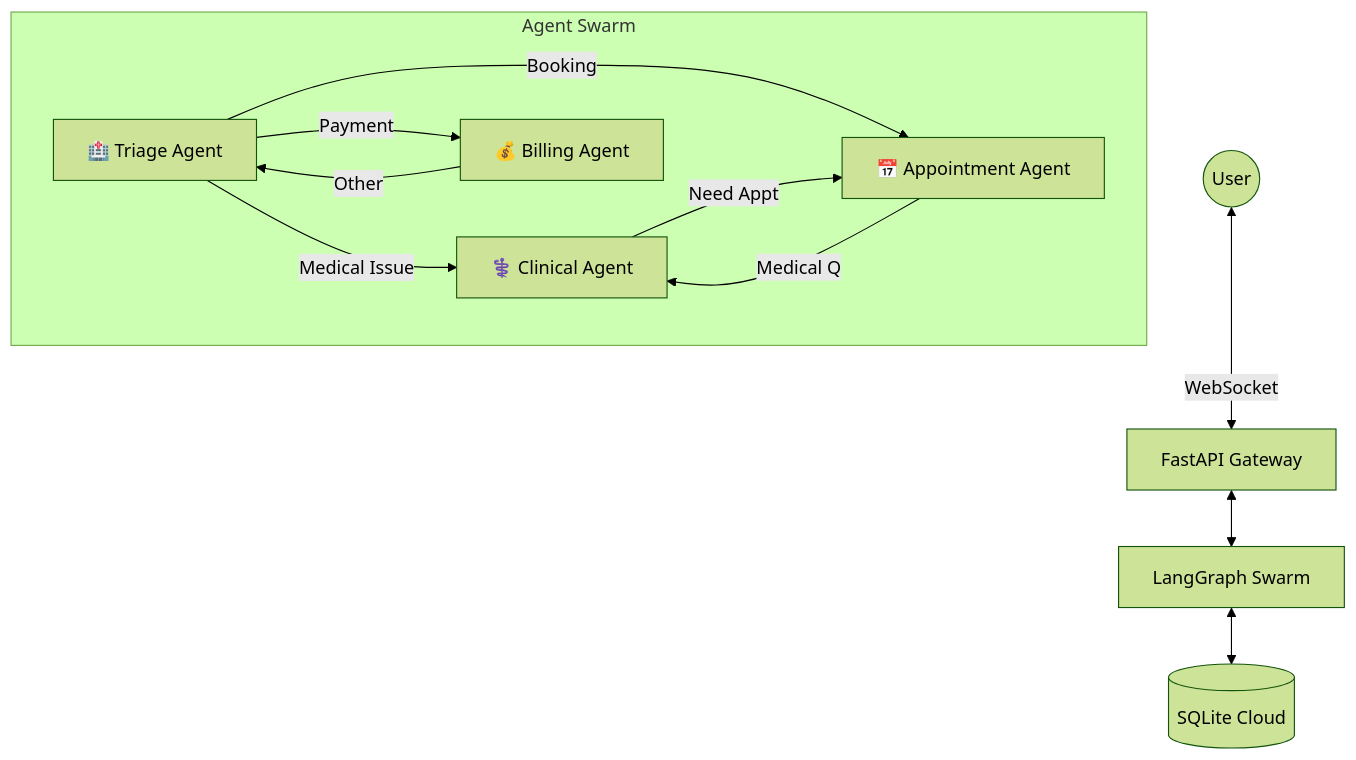
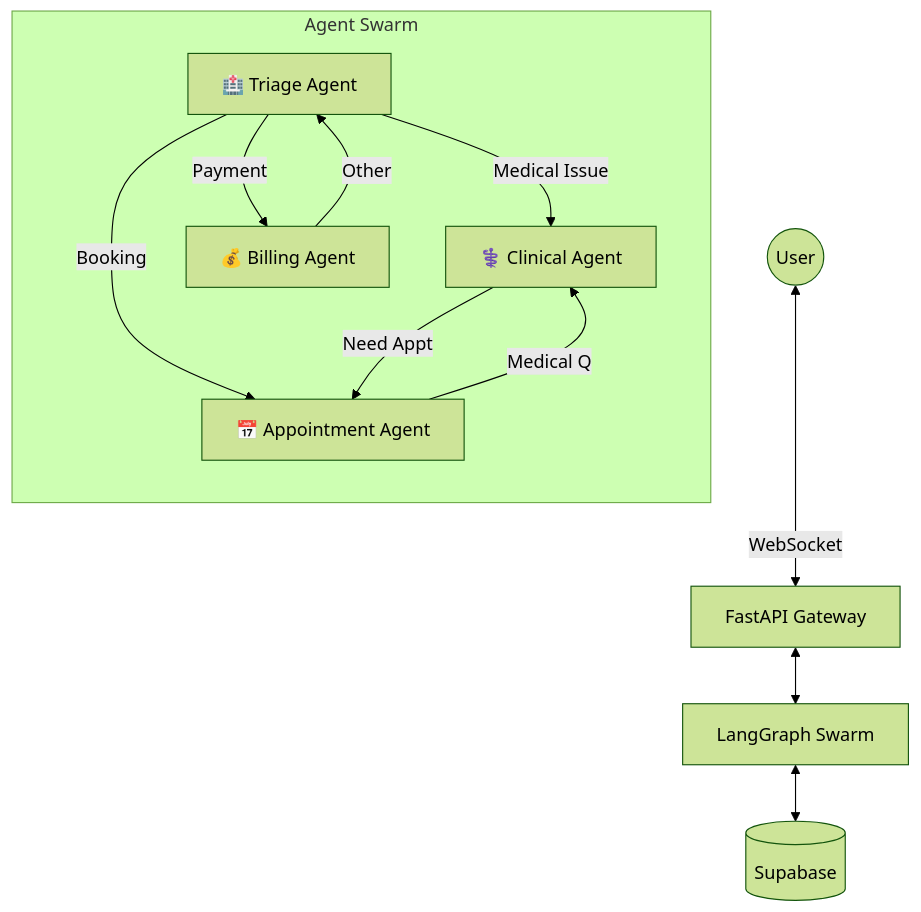
One commit to DebapriyoSaha/mediconnect-ai changed the diagram in README.md. Above: the diagram before and after it, drawn with Mermaid (forest theme). The commit also changed other lines of this file and 18 other files, not shown here.

````diff
--- a/README.md
+++ b/README.md
@@ -110,23 +46,24 @@
 ```mermaid
 graph TD
     User((User)) <--> |WebSocket| API[FastAPI Gateway]
     API <--> Swarm[LangGraph Swarm]
     
     subgraph "Agent Swarm"
+        direction TB
         Triage[🏥 Triage Agent]
         Clinical[⚕️ Clinical Agent]
         Appt[📅 Appointment Agent]
         Billing[💰 Billing Agent]
         
         Triage -->|Medical Issue| Clinical
         Triage -->|Booking| Appt
         Triage -->|Payment| Billing
         
         Clinical -->|Need Appt| Appt
         Appt -->|Medical Q| Clinical
         
         Billing -->|Other| Triage
     end
     
-    Swarm <--> DB[(SQLite Cloud)]
+    Swarm <--> DB[(Supabase)]
 ```
````
